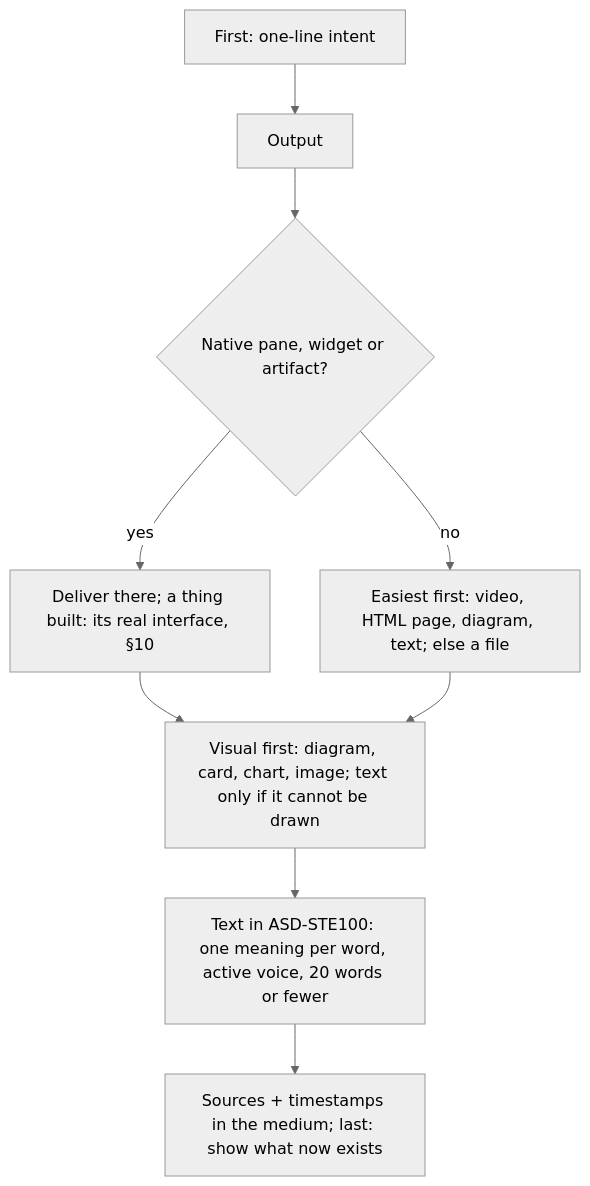
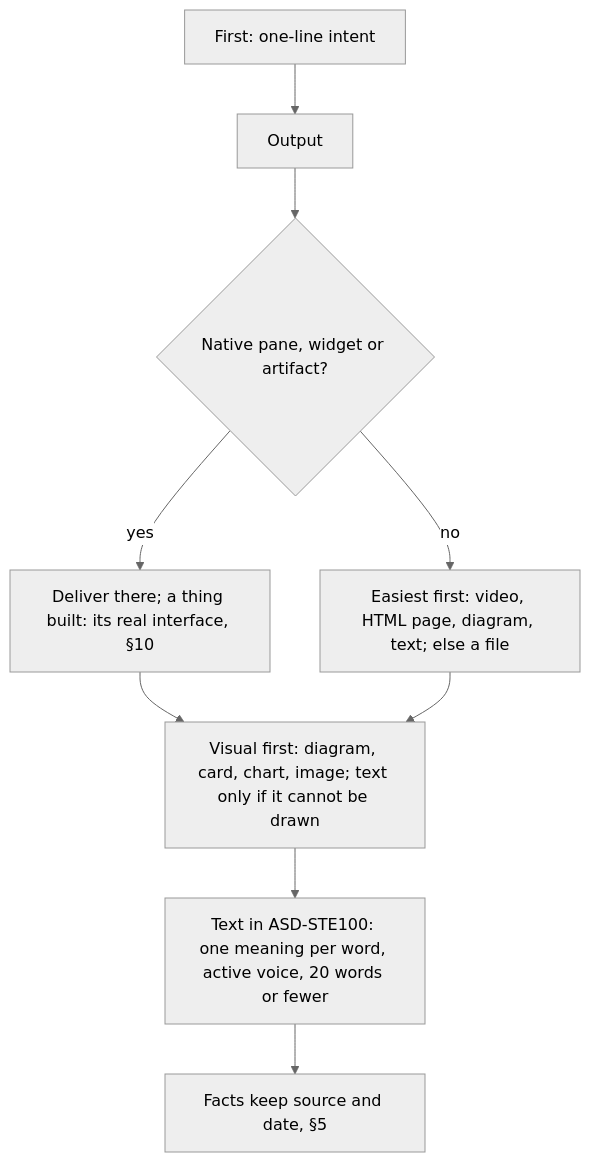
Diagram 12 of 14 in AGENTS.md (SolenixAI/arbiter), drawn with Mermaid (neutral theme) before and after one commit. The commit also changed other lines of this file, not shown here.

````diff
--- a/AGENTS.md
+++ b/AGENTS.md
@@ -503,10 +497,10 @@
 ```mermaid
 flowchart TD
   IL[First: one-line intent] --> O[Output] --> N{Native pane, widget or artifact?}
   N -->|yes| V["Deliver there; a thing built: its real interface, §10"]
   N -->|no| F["Easiest first: video, HTML page, diagram, text; else a file"]
   V --> VF["Visual first: diagram, card, chart, image; text only if it cannot be drawn"]
   F --> VF
   VF --> T[Text in ASD-STE100: one meaning per word, active voice, 20 words or fewer]
-  T --> E["Sources + timestamps in the medium; last: show what now exists"]
+  T --> E["Facts keep source and date, §5"]
 ```
````
